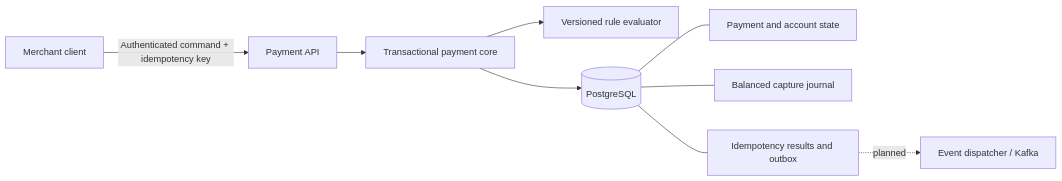
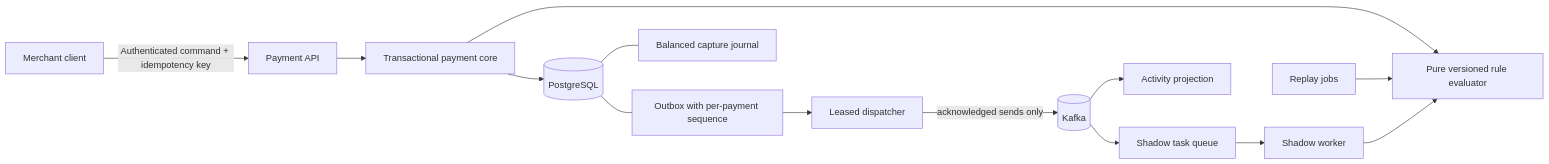
The diagram in README.md (beaprogram/Decision-Rail), drawn with Mermaid before and after one commit. The commit also changed other lines of this file and 12 other files, not shown here.

````diff
--- a/README.md
+++ b/README.md
@@ -32,11 +41,15 @@
 ```mermaid
 flowchart LR
     Client[Merchant client] -->|Authenticated command + idempotency key| API[Payment API]
     API --> Transaction[Transactional payment core]
-    Transaction --> Rules[Versioned rule evaluator]
+    Transaction --> Rules[Pure versioned rule evaluator]
     Transaction --> DB[(PostgreSQL)]
-    DB --- Payment[Payment and account state]
     DB --- Ledger[Balanced capture journal]
-    DB --- Durable[Idempotency results and outbox]
-    Durable -. planned .-> Dispatcher[Event dispatcher / Kafka]
+    DB --- Outbox[Outbox with per-payment sequence]
+    Outbox --> Dispatcher[Leased dispatcher]
+    Dispatcher -->|acknowledged sends only| Kafka[(Kafka)]
+    Kafka --> Projection[Activity projection]
+    Kafka --> ShadowQueue[Shadow task queue]
+    ShadowQueue --> ShadowWorker[Shadow worker] --> Rules
+    Replay[Replay jobs] --> Rules
 ```
````
